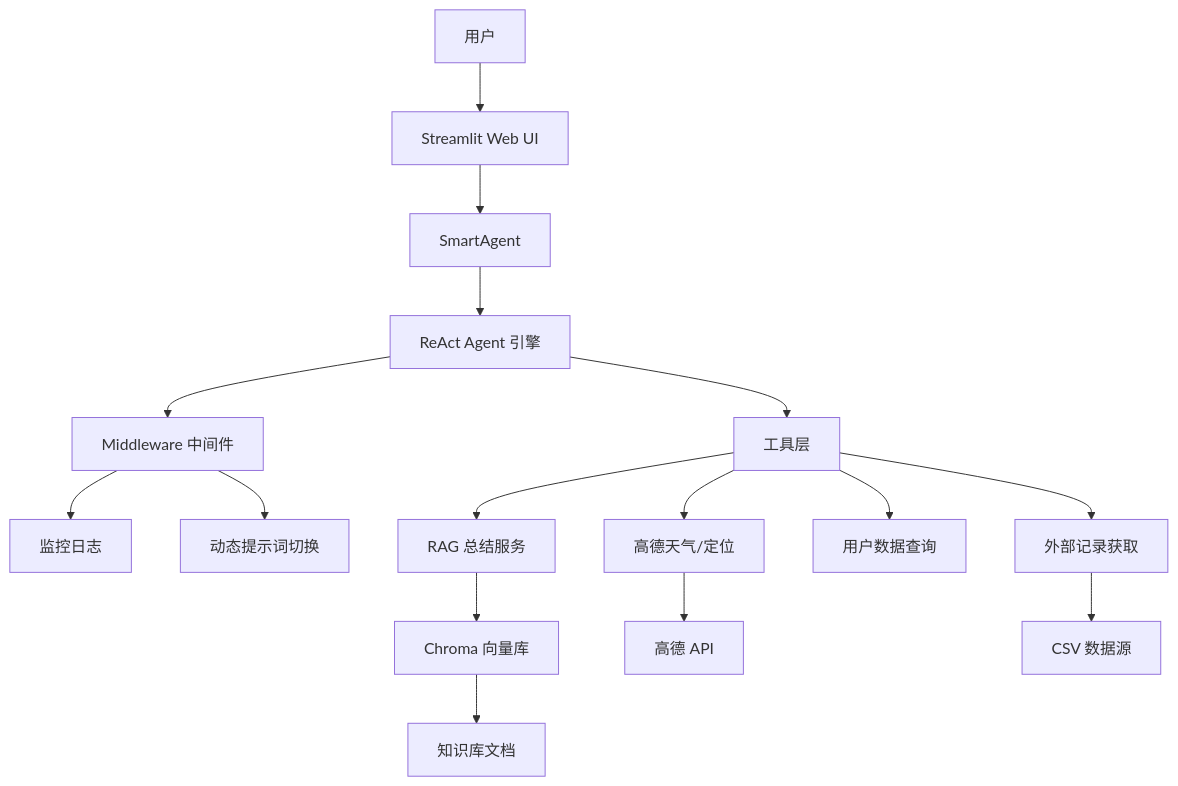
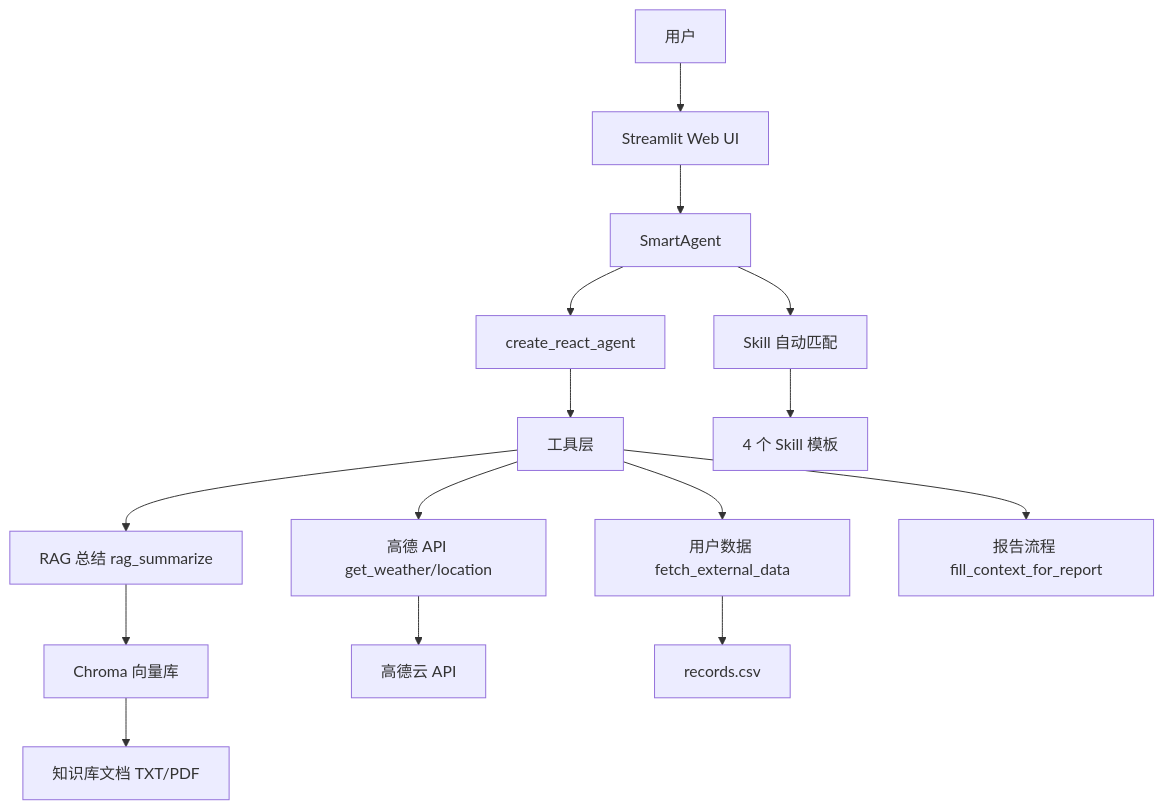
One commit to ShudiZhang/smart-sweeper-agent changed the diagram in README.md. Above: the diagram before and after it, drawn with Mermaid. The commit also changed other lines of this file and 20 other files, not shown here.

````diff
--- a/README.md
+++ b/README.md
@@ -19,18 +19,17 @@
 ```mermaid
 graph TD
     A[用户] --> B[Streamlit Web UI]
     B --> C[SmartAgent]
-    C --> D[ReAct Agent 引擎]
-    D --> E[Middleware 中间件]
-    E --> F[监控日志]
-    E --> G[动态提示词切换]
-    D --> H[工具层]
-    H --> I[RAG 总结服务]
-    H --> J[高德天气/定位]
-    H --> K[用户数据查询]
-    H --> L[外部记录获取]
-    I --> M[Chroma 向量库]
-    M --> N[知识库文档]
-    J --> O[高德 API]
-    L --> P[CSV 数据源]
+    C --> D[create_react_agent]
+    D --> E[工具层]
+    E --> F[RAG 总结 rag_summarize]
+    E --> G[高德 API get_weather/location]
+    E --> H[用户数据 fetch_external_data]
+    E --> I[报告流程 fill_context_for_report]
+    F --> J[Chroma 向量库]
+    J --> K[知识库文档 TXT/PDF]
+    G --> L[高德云 API]
+    H --> M[records.csv]
+    C --> N[Skill 自动匹配]
+    N --> O[4 个 Skill 模板]
 ```
````
